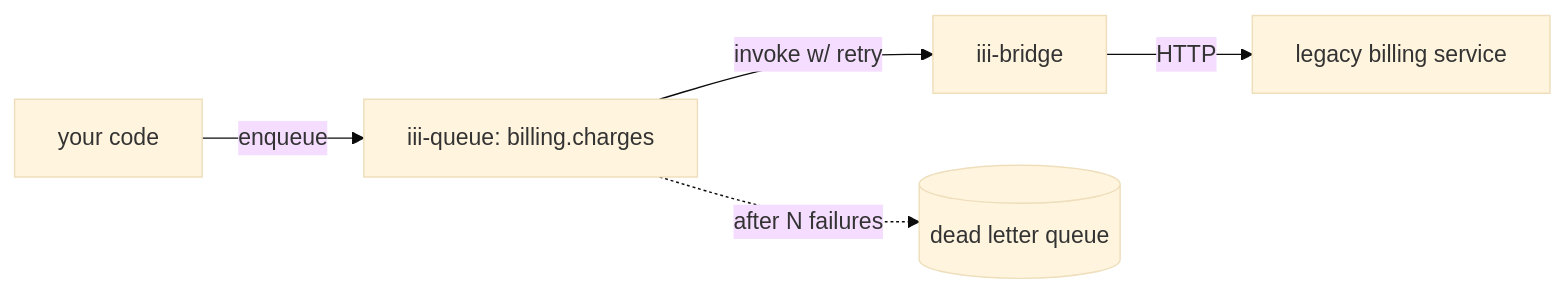
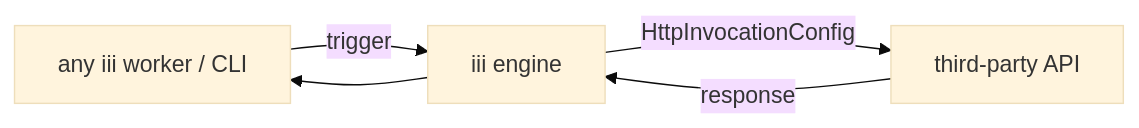
The diagram in docs/tutorials/bridge-existing-api.mdx (mrap/hex-iii), drawn with Mermaid (base theme) before and after one commit. The commit also changed other lines of this file and 10 other files, not shown here.

First line of the commit message:
docs(tutorials): rewrite all 10 tutorials + index after grounding against worker reference docs

````diff
--- a/docs/tutorials/bridge-existing-api.mdx
+++ b/docs/tutorials/bridge-existing-api.mdx
@@ -83,7 +100,7 @@
 ```mermaid
 graph LR
-  Caller[your code] -->|enqueue| Q[iii-queue: billing.charges]
-  Q -->|invoke w/ retry| Bridge[iii-bridge]
-  Bridge -->|HTTP| Legacy[legacy billing service]
-  Q -.->|after N failures| DLQ[(dead letter queue)]
+  Caller[any iii worker / CLI] -->|trigger| Engine[iii engine]
+  Engine -->|HttpInvocationConfig| External[third-party API]
+  External -->|response| Engine
+  Engine --> Caller
 ```
````
